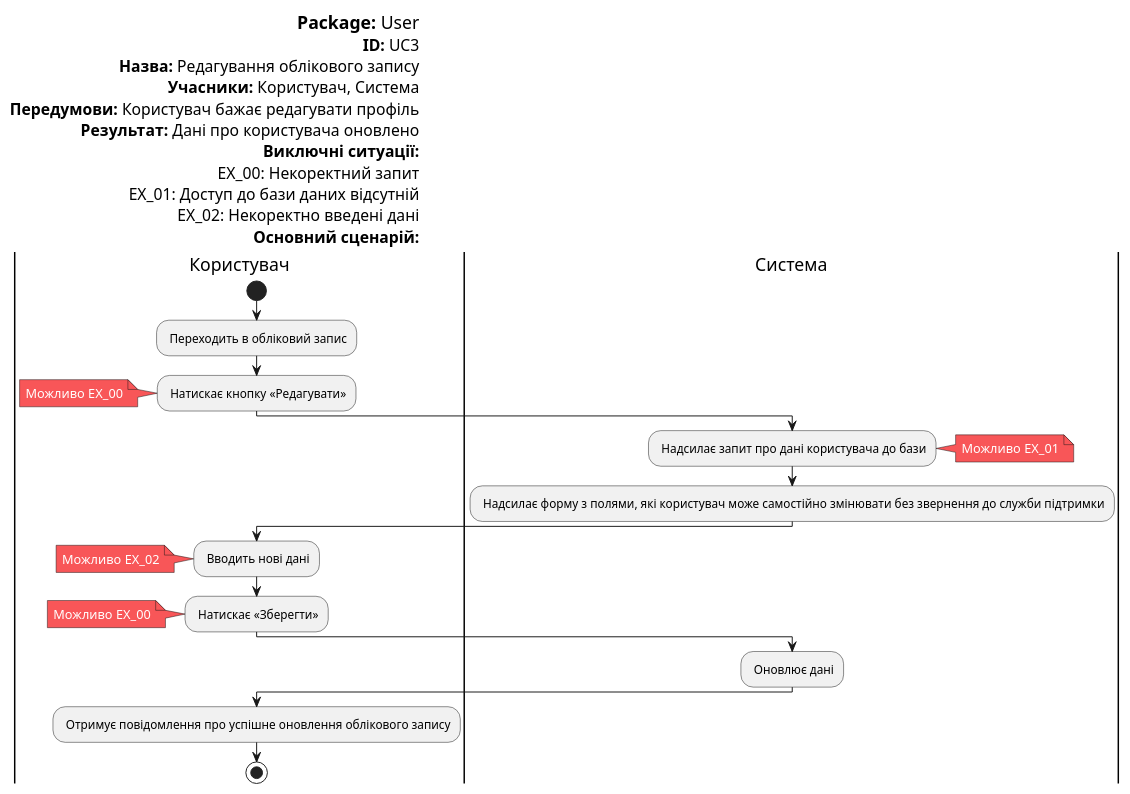
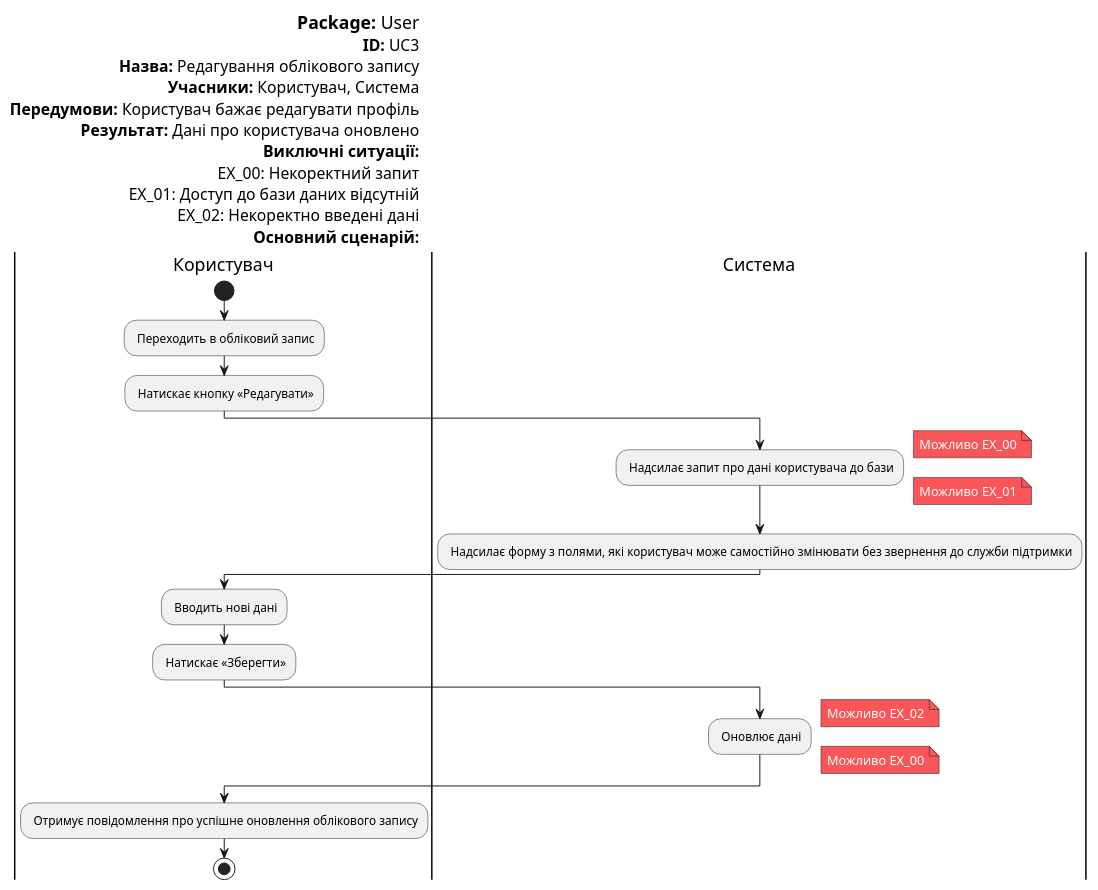
The diagram in UML/user/Diagrams/edit.pu (yehorbk/kpi-programming), drawn with PlantUML before and after one commit.

```diff
--- a/UML/user/Diagrams/edit.pu
+++ b/UML/user/Diagrams/edit.pu
@@ -1,58 +1,58 @@
-@startuml 
-
+@startuml
 left header
 <font color=000 size=18><b>Package:</b> User
 <font color=000 size=16><b>ID:</b> UC3
 <font color=000 size=16><b>Назва:</b> Редагування облікового запису
 <font color=000 size=16><b>Учасники:</b> Користувач, Система
 <font color=000 size=16><b>Передумови:</b> Користувач бажає редагувати профіль
 <font color=000 size=16><b>Результат:</b> Дані про користувача оновлено
 <font color=000 size=16><b>Виключні ситуації:</b>
 <font color=000 size=16>EX_00: Некоректний запит
 <font color=000 size=16>EX_01: Доступ до бази даних відсутній
 <font color=000 size=16>EX_02: Некоректно введені дані
 <font color=000 size=16><b>Основний сценарій:</b>
 end header
 
 skinparam	shadowing false
 skinparam Note {
 	BackgroundColor #f85658
 	FontColor #ffffff
 }
 
 |Користувач|
 start
 : Переходить в обліковий запис;
 
 : Натискає кнопку «Редагувати»;
-note left
-Можливо ЕХ_00
-end note
 
 |Система|
 : Надсилає запит про дані користувача до бази;
+note right
+Можливо ЕХ_00
+end note
 note right
 Можливо ЕХ_01
 end note
 
 : Надсилає форму з полями, які користувач може самостійно змінювати без звернення до служби підтримки;
 
 |Користувач|
 : Вводить нові дані;
-note left
+
+: Натискає «Зберегти»;
+
+|Система|
+: Оновлює дані;
+note right
 Можливо ЕХ_02
 end note
-
-: Натискає «Зберегти»;
-note left
+note right
 Можливо ЕХ_00
 end note
 
-|Система|
-: Оновлює дані;
 
 |Користувач|
 : Отримує повідомлення про успішне оновлення облікового запису;
 
 stop;
 @enduml
```
